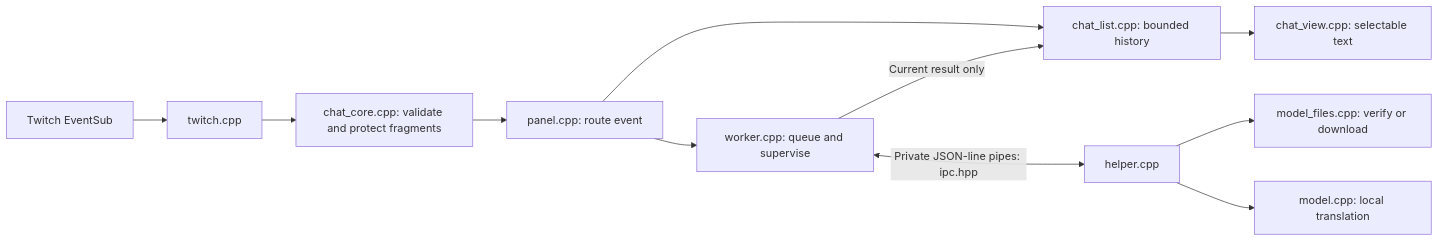
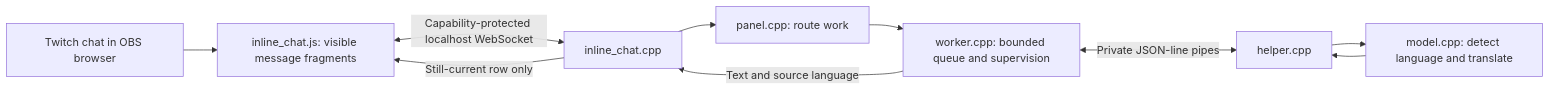
One commit to salvador-stream-labs/interpretwitch changed the diagram in chat_plugin/ARCHITECTURE.md. Above: the diagram before and after it, drawn with Mermaid. The commit also changed other lines of this file and 72 other files, not shown here.

First line of the commit message:
Integrate Interpretwitch 0.8.1 with OBS Twitch chat

````diff
--- a/chat_plugin/ARCHITECTURE.md
+++ b/chat_plugin/ARCHITECTURE.md
@@ -12,13 +8,12 @@
 ```mermaid
 flowchart LR
-    Twitch[Twitch EventSub] --> Client[twitch.cpp]
-    Client --> Parse[chat_core.cpp: validate and protect fragments]
-    Parse --> Panel[panel.cpp: route event]
-    Panel --> History[chat_list.cpp: bounded history]
-    History --> View[chat_view.cpp: selectable text]
-    Panel --> Supervisor[worker.cpp: queue and supervise]
-    Supervisor <-->|Private JSON-line pipes: ipc.hpp| Helper[helper.cpp]
-    Helper --> Files[model_files.cpp: verify or download]
-    Helper --> Engine[model.cpp: local translation]
-    Supervisor -->|Current result only| History
+    Twitch[Twitch chat in OBS browser] --> Script[inline_chat.js: visible message fragments]
+    Script <-->|Capability-protected localhost WebSocket| Bridge[inline_chat.cpp]
+    Bridge --> Settings[panel.cpp: route work]
+    Settings --> Worker[worker.cpp: bounded queue and supervision]
+    Worker <-->|Private JSON-line pipes| Helper[helper.cpp]
+    Helper --> Model[model.cpp: detect language and translate]
+    Model --> Helper
+    Worker -->|Text and source language| Bridge
+    Bridge -->|Still-current row only| Script
 ```
````
